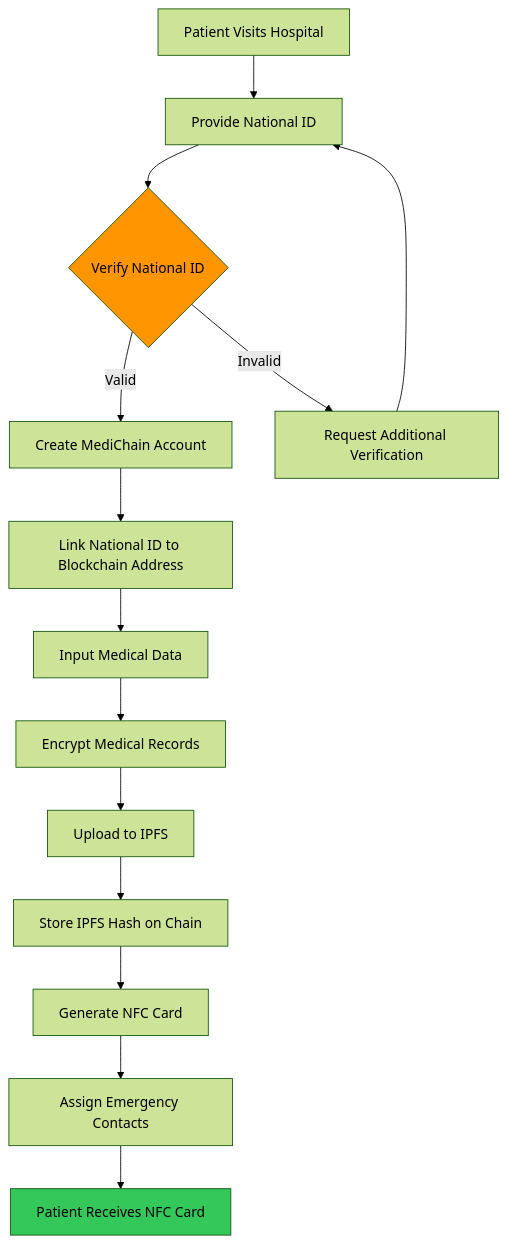
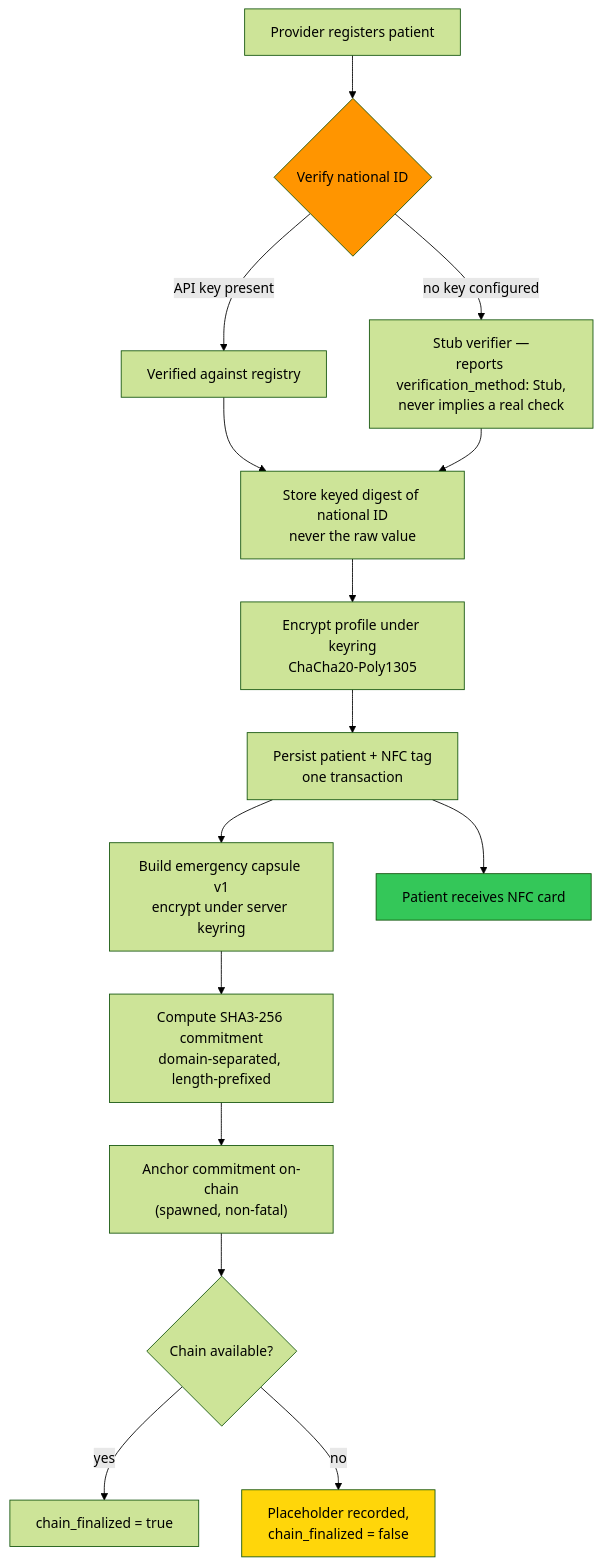
Before and after one commit to Lukau-Tech-Invasion/medichain: the second of 6 diagrams in docs/medichain_master_plan.md, drawn with Mermaid (forest theme). The commit also changed other lines of this file and 33 other files, not shown here.

First line of the commit message:
docs: rewrite architecture documentation, add ADRs and diagrams

````diff
--- a/docs/medichain_master_plan.md
+++ b/docs/medichain_master_plan.md
@@ -351,19 +371,21 @@
 ```mermaid
 graph TD
-    A[Patient Visits Hospital] --> B[Provide National ID]
-    B --> C{Verify National ID}
-    C -->|Valid| D[Create MediChain Account]
-    C -->|Invalid| E[Request Additional Verification]
-    E --> B
-    D --> F[Link National ID to Blockchain Address]
-    F --> G[Input Medical Data]
-    G --> H[Encrypt Medical Records]
-    H --> I[Upload to IPFS]
-    I --> J[Store IPFS Hash on Chain]
-    J --> K[Generate NFC Card]
-    K --> L[Assign Emergency Contacts]
-    L --> M[Patient Receives NFC Card]
-    
+    A[Provider registers patient] --> B{Verify national ID}
+    B -->|"API key present"| C[Verified against registry]
+    B -->|"no key configured"| C2["Stub verifier —<br/>reports verification_method: Stub,<br/>never implies a real check"]
+    C --> D[Store keyed digest of national ID<br/>never the raw value]
+    C2 --> D
+    D --> E[Encrypt profile under keyring<br/>ChaCha20-Poly1305]
+    E --> F[Persist patient + NFC tag<br/>one transaction]
+    F --> G[Build emergency capsule v1<br/>encrypt under server keyring]
+    G --> H[Compute SHA3-256 commitment<br/>domain-separated, length-prefixed]
+    H --> I["Anchor commitment on-chain<br/>(spawned, non-fatal)"]
+    I --> J{"Chain available?"}
+    J -->|yes| K["chain_finalized = true"]
+    J -->|no| L["Placeholder recorded,<br/>chain_finalized = false"]
+    F --> M[Patient receives NFC card]
+
     style M fill:#34C759
-    style C fill:#FF9500
+    style B fill:#FF9500
+    style L fill:#FFD60A
 ```
````
